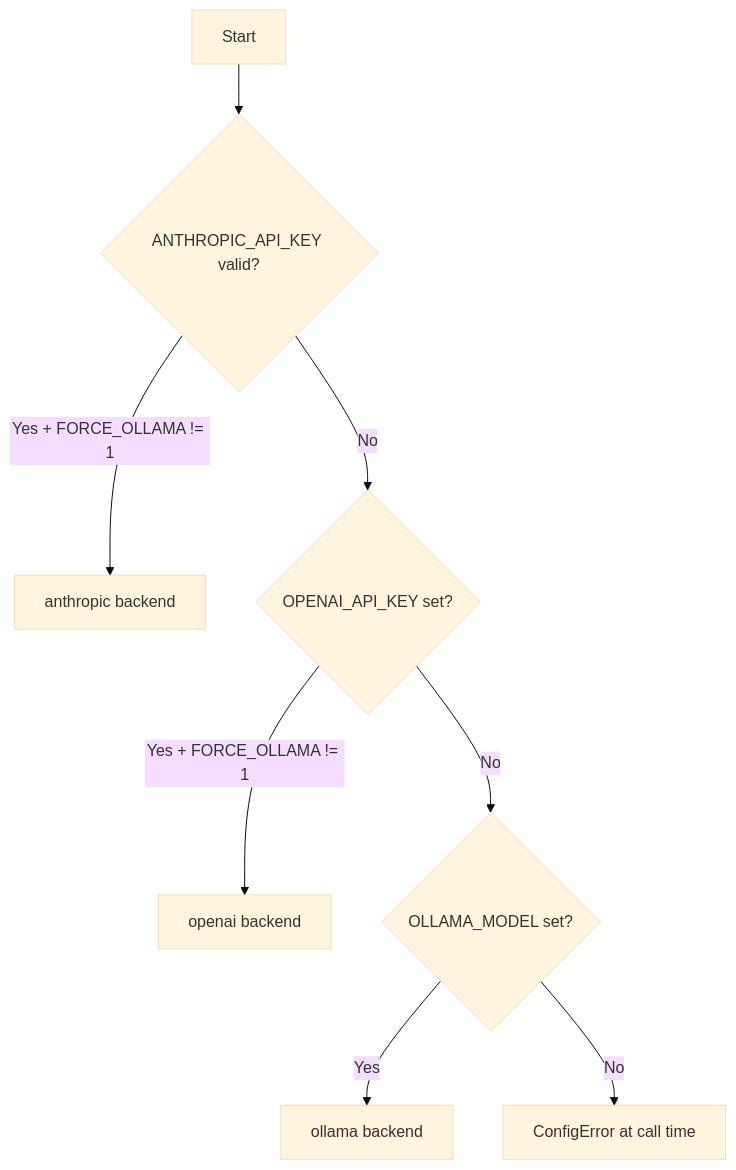
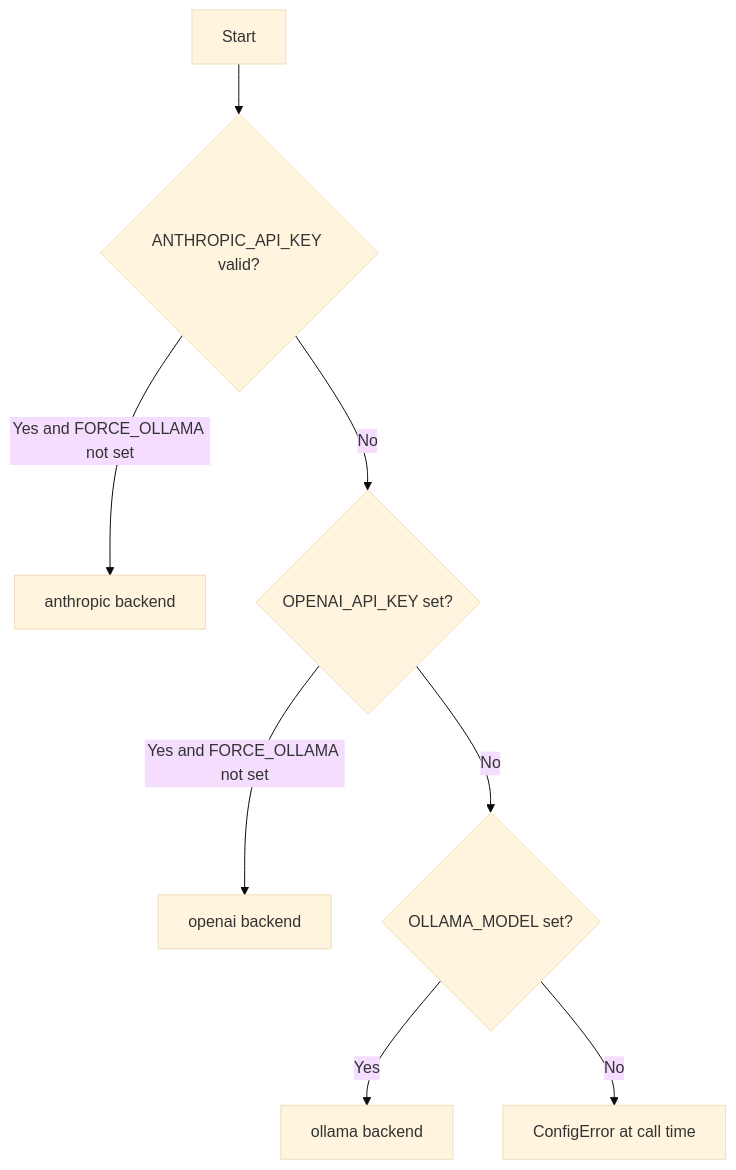
One commit to shep-engineering/waygate-ai changed the second of 2 diagrams in README.md. Above: the diagram before and after it, drawn with Mermaid (base theme). The commit also changed 4 other files, not shown here.

First line of the commit message:
fix(docs): quote Mermaid labels containing () and != to fix render

````diff
--- a/README.md
+++ b/README.md
@@ -75,10 +75,10 @@
 ```mermaid
 flowchart TD
-  A[Start] --> B{ANTHROPIC_API_KEY valid?}
-  B -->|Yes + FORCE_OLLAMA != 1| C[anthropic backend]
-  B -->|No| D{OPENAI_API_KEY set?}
-  D -->|Yes + FORCE_OLLAMA != 1| E[openai backend]
-  D -->|No| F{OLLAMA_MODEL set?}
-  F -->|Yes| G[ollama backend]
-  F -->|No| H[ConfigError at call time]
+  A[Start] --> B{"ANTHROPIC_API_KEY valid?"}
+  B -->|"Yes and FORCE_OLLAMA not set"| C["anthropic backend"]
+  B -->|No| D{"OPENAI_API_KEY set?"}
+  D -->|"Yes and FORCE_OLLAMA not set"| E["openai backend"]
+  D -->|No| F{"OLLAMA_MODEL set?"}
+  F -->|Yes| G["ollama backend"]
+  F -->|No| H["ConfigError at call time"]
 ```
````
